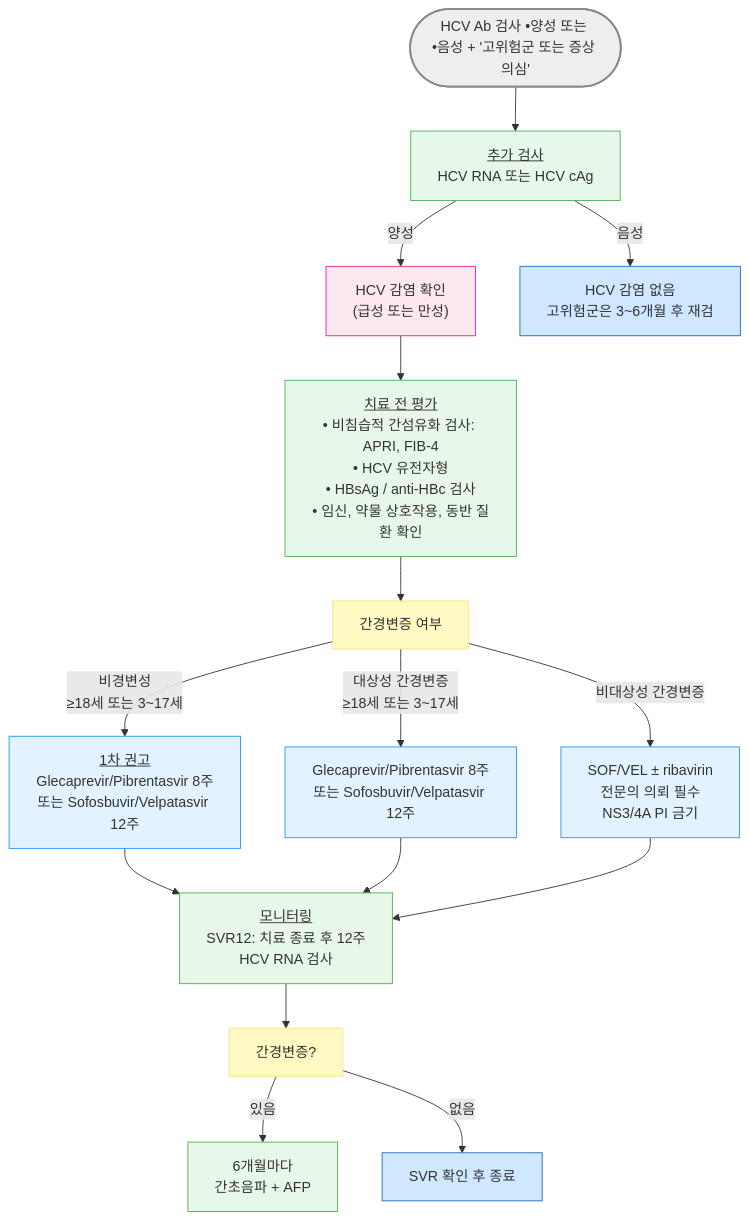
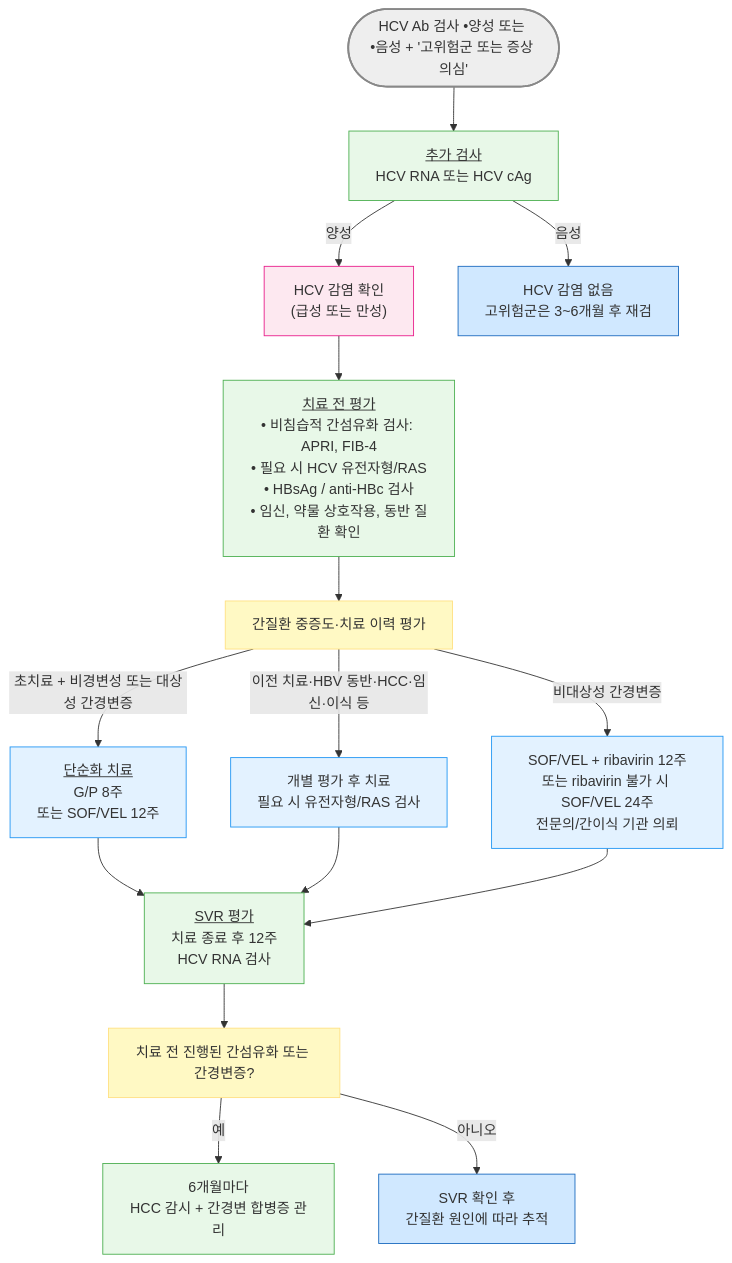
The diagram in 224_/092_c-hepatitis-c-viral-infection.md (familyoh77/familyoh77), drawn with Mermaid before and after one commit. The commit also changed other lines of this file and 4 other files, not shown here.

````diff
--- a/224_/092_c-hepatitis-c-viral-infection.md
+++ b/224_/092_c-hepatitis-c-viral-infection.md
@@ -123,28 +127,28 @@
 ```mermaid
 flowchart TD
     A([HCV Ab 검사 •양성 또는 <br/>•음성 + '고위험군 또는 증상 의심']) --> C[<u>추가 검사</u><br/>HCV RNA 또는 HCV cAg]
     C -- "양성" --> E["HCV 감염 확인<br/>(급성 또는 만성)"]
     C -- "음성" --> F["HCV 감염 없음<br/>고위험군은 3~6개월 후 재검"]
-    E --> G["<u>치료 전 평가</u><br/>• 비침습적 간섬유화 검사: APRI, FIB-4<br/>• HCV 유전자형<br/>• HBsAg / anti-HBc 검사<br/>• 임신, 약물 상호작용, 동반 질환 확인"]
-    G --> H[간경변증 여부]
-    H -- "비경변성<br/>≥18세 또는 3~17세" --> I["<u>1차 권고</u><br/>Glecaprevir/Pibrentasvir 8주<br/>또는 Sofosbuvir/Velpatasvir 12주"]
-    H -- "대상성 간경변증<br/>≥18세 또는 3~17세" --> J["Glecaprevir/Pibrentasvir 8주<br/>또는 Sofosbuvir/Velpatasvir 12주"]
-    H -- "비대상성 간경변증" --> K["SOF/VEL ± ribavirin<br/>전문의 의뢰 필수<br/>NS3/4A PI 금기"]
-    I --> L["<u>모니터링</u><br/>SVR12: 치료 종료 후 12주<br/>HCV RNA 검사"]
+    E --> G["<u>치료 전 평가</u><br/>• 비침습적 간섬유화 검사: APRI, FIB-4<br/>• 필요 시 HCV 유전자형/RAS<br/>• HBsAg / anti-HBc 검사<br/>• 임신, 약물 상호작용, 동반 질환 확인"]
+    G --> H[간질환 중증도·치료 이력 평가]
+    H -- "초치료 + 비경변성 또는 대상성 간경변증" --> I["<u>단순화 치료</u><br/>G/P 8주<br/>또는 SOF/VEL 12주"]
+    H -- "이전 치료·HBV 동반·HCC·임신·이식 등" --> J["개별 평가 후 치료<br/>필요 시 유전자형/RAS 검사"]
+    H -- "비대상성 간경변증" --> K["SOF/VEL + ribavirin 12주<br/>또는 ribavirin 불가 시 SOF/VEL 24주<br/>전문의/간이식 기관 의뢰"]
+    I --> L["<u>SVR 평가</u><br/>치료 종료 후 12주<br/>HCV RNA 검사"]
     J --> L
     K --> L
-    L --> M[간경변증?]
-    M -- "있음" --> N["6개월마다<br/>간초음파 + AFP"]
-    M -- "없음" --> O["SVR 확인 후 종료"]
+    L --> M[치료 전 진행된 간섬유화 또는 간경변증?]
+    M -- "예" --> N["6개월마다<br/>HCC 감시 + 간경변 합병증 관리"]
+    M -- "아니오" --> O["SVR 확인 후<br/>간질환 원인에 따라 추적"]
 
 style A fill:#eeeeee,stroke:#888888,stroke-width:2px
 classDef yellow fill:#fff9c4,stroke:#ffe082
 class B,D,H,M yellow
 classDef blue fill:#d0e8ff,stroke:#1a6abf
 class F,O blue
 classDef lightGreen fill:#e8f8e8,stroke:#4caf50
 class N,L,G,C lightGreen
 classDef sky fill:#e3f2ff,stroke:#2196f3
 class I,J,K sky
 style E fill:#fde8f0,stroke:#e91e8c
 ```
````
